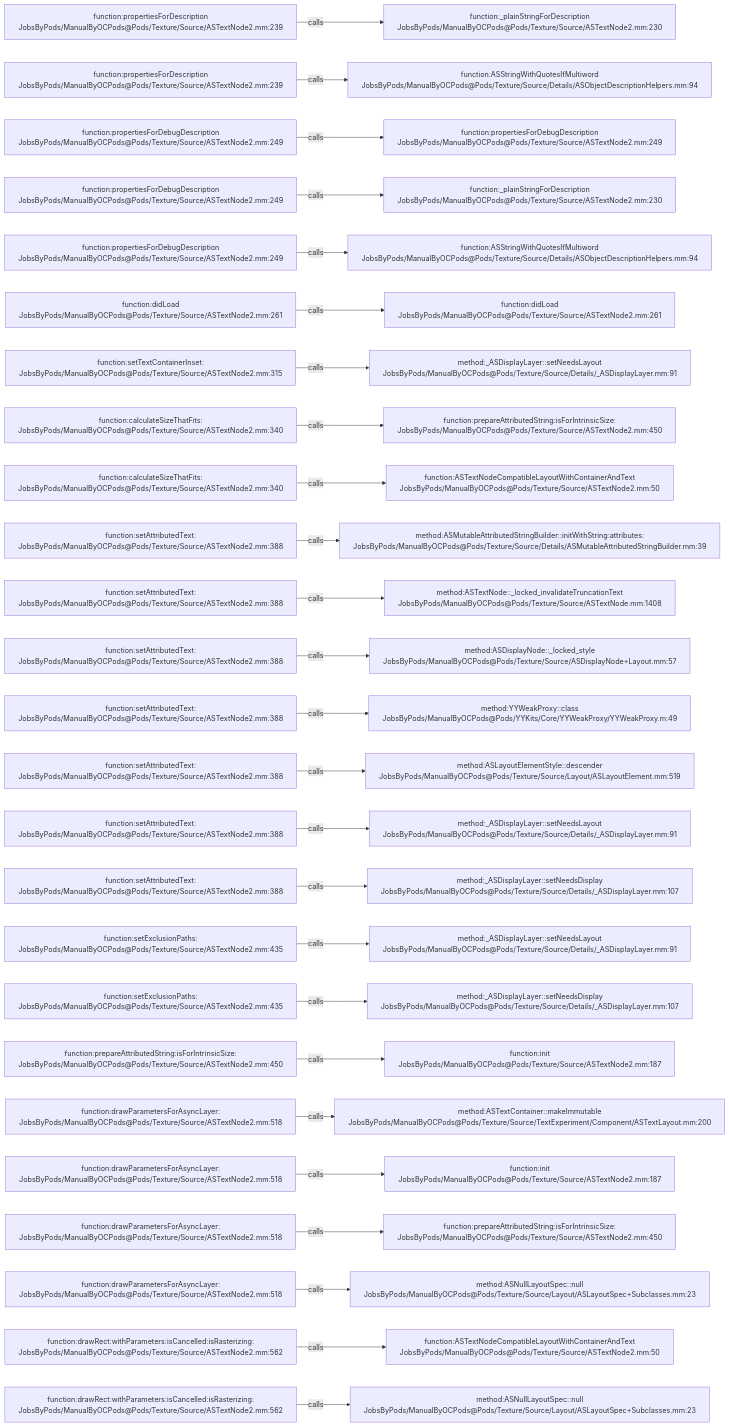
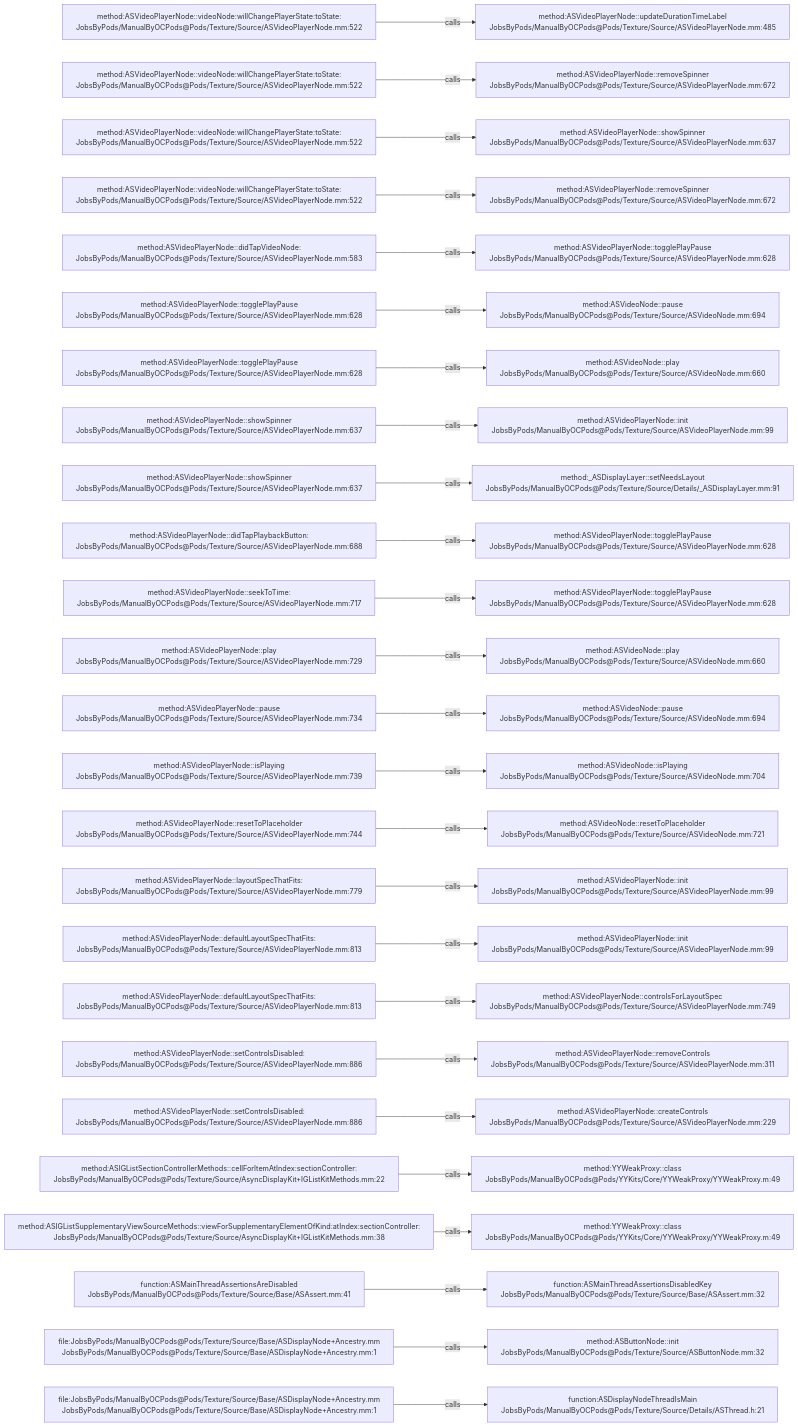
The diagram in .codegraph/codegraph.md/graphs/calls-131.md (JobsKits/JobsOCBaseConfigDemo), drawn with Mermaid before and after one commit. The commit also changed 2723 other files, not shown here.

````diff
--- a/.codegraph/codegraph.md/graphs/calls-131.md
+++ b/.codegraph/codegraph.md/graphs/calls-131.md
@@ -13,78 +13,78 @@
 ```mermaid
 flowchart LR
-  S1["function:propertiesForDescription<br/>JobsByPods/ManualByOCPods@Pods/Texture/Source/ASTextNode2.mm:239"]
-  T1["function:_plainStringForDescription<br/>JobsByPods/ManualByOCPods@Pods/Texture/Source/ASTextNode2.mm:230"]
+  S1["method:ASVideoPlayerNode::videoNode:willChangePlayerState:toState:<br/>JobsByPods/ManualByOCPods@Pods/Texture/Source/ASVideoPlayerNode.mm:522"]
+  T1["method:ASVideoPlayerNode::updateDurationTimeLabel<br/>JobsByPods/ManualByOCPods@Pods/Texture/Source/ASVideoPlayerNode.mm:485"]
   S1 -->|calls| T1
-  S2["function:propertiesForDescription<br/>JobsByPods/ManualByOCPods@Pods/Texture/Source/ASTextNode2.mm:239"]
-  T2["function:ASStringWithQuotesIfMultiword<br/>JobsByPods/ManualByOCPods@Pods/Texture/Source/Details/ASObjectDescriptionHelpers.mm:94"]
+  S2["method:ASVideoPlayerNode::videoNode:willChangePlayerState:toState:<br/>JobsByPods/ManualByOCPods@Pods/Texture/Source/ASVideoPlayerNode.mm:522"]
+  T2["method:ASVideoPlayerNode::removeSpinner<br/>JobsByPods/ManualByOCPods@Pods/Texture/Source/ASVideoPlayerNode.mm:672"]
   S2 -->|calls| T2
-  S3["function:propertiesForDebugDescription<br/>JobsByPods/ManualByOCPods@Pods/Texture/Source/ASTextNode2.mm:249"]
-  T3["function:propertiesForDebugDescription<br/>JobsByPods/ManualByOCPods@Pods/Texture/Source/ASTextNode2.mm:249"]
+  S3["method:ASVideoPlayerNode::videoNode:willChangePlayerState:toState:<br/>JobsByPods/ManualByOCPods@Pods/Texture/Source/ASVideoPlayerNode.mm:522"]
+  T3["method:ASVideoPlayerNode::showSpinner<br/>JobsByPods/ManualByOCPods@Pods/Texture/Source/ASVideoPlayerNode.mm:637"]
   S3 -->|calls| T3
-  S4["function:propertiesForDebugDescription<br/>JobsByPods/ManualByOCPods@Pods/Texture/Source/ASTextNode2.mm:249"]
-  T4["function:_plainStringForDescription<br/>JobsByPods/ManualByOCPods@Pods/Texture/Source/ASTextNode2.mm:230"]
+  S4["method:ASVideoPlayerNode::videoNode:willChangePlayerState:toState:<br/>JobsByPods/ManualByOCPods@Pods/Texture/Source/ASVideoPlayerNode.mm:522"]
+  T4["method:ASVideoPlayerNode::removeSpinner<br/>JobsByPods/ManualByOCPods@Pods/Texture/Source/ASVideoPlayerNode.mm:672"]
   S4 -->|calls| T4
-  S5["function:propertiesForDebugDescription<br/>JobsByPods/ManualByOCPods@Pods/Texture/Source/ASTextNode2.mm:249"]
-  T5["function:ASStringWithQuotesIfMultiword<br/>JobsByPods/ManualByOCPods@Pods/Texture/Source/Details/ASObjectDescriptionHelpers.mm:94"]
+  S5["method:ASVideoPlayerNode::didTapVideoNode:<br/>JobsByPods/ManualByOCPods@Pods/Texture/Source/ASVideoPlayerNode.mm:583"]
+  T5["method:ASVideoPlayerNode::togglePlayPause<br/>JobsByPods/ManualByOCPods@Pods/Texture/Source/ASVideoPlayerNode.mm:628"]
   S5 -->|calls| T5
-  S6["function:didLoad<br/>JobsByPods/ManualByOCPods@Pods/Texture/Source/ASTextNode2.mm:261"]
-  T6["function:didLoad<br/>JobsByPods/ManualByOCPods@Pods/Texture/Source/ASTextNode2.mm:261"]
+  S6["method:ASVideoPlayerNode::togglePlayPause<br/>JobsByPods/ManualByOCPods@Pods/Texture/Source/ASVideoPlayerNode.mm:628"]
+  T6["method:ASVideoNode::pause<br/>JobsByPods/ManualByOCPods@Pods/Texture/Source/ASVideoNode.mm:694"]
   S6 -->|calls| T6
-  S7["function:setTextContainerInset:<br/>JobsByPods/ManualByOCPods@Pods/Texture/Source/ASTextNode2.mm:315"]
-  T7["method:_ASDisplayLayer::setNeedsLayout<br/>JobsByPods/ManualByOCPods@Pods/Texture/Source/Details/_ASDisplayLayer.mm:91"]
+  S7["method:ASVideoPlayerNode::togglePlayPause<br/>JobsByPods/ManualByOCPods@Pods/Texture/Source/ASVideoPlayerNode.mm:628"]
+  T7["method:ASVideoNode::play<br/>JobsByPods/ManualByOCPods@Pods/Texture/Source/ASVideoNode.mm:660"]
   S7 -->|calls| T7
-  S8["function:calculateSizeThatFits:<br/>JobsByPods/ManualByOCPods@Pods/Texture/Source/ASTextNode2.mm:340"]
-  T8["function:prepareAttributedString:isForIntrinsicSize:<br/>JobsByPods/ManualByOCPods@Pods/Texture/Source/ASTextNode2.mm:450"]
+  S8["method:ASVideoPlayerNode::showSpinner<br/>JobsByPods/ManualByOCPods@Pods/Texture/Source/ASVideoPlayerNode.mm:637"]
+  T8["method:ASVideoPlayerNode::init<br/>JobsByPods/ManualByOCPods@Pods/Texture/Source/ASVideoPlayerNode.mm:99"]
   S8 -->|calls| T8
-  S9["function:calculateSizeThatFits:<br/>JobsByPods/ManualByOCPods@Pods/Texture/Source/ASTextNode2.mm:340"]
-  T9["function:ASTextNodeCompatibleLayoutWithContainerAndText<br/>JobsByPods/ManualByOCPods@Pods/Texture/Source/ASTextNode2.mm:50"]
+  S9["method:ASVideoPlayerNode::showSpinner<br/>JobsByPods/ManualByOCPods@Pods/Texture/Source/ASVideoPlayerNode.mm:637"]
+  T9["method:_ASDisplayLayer::setNeedsLayout<br/>JobsByPods/ManualByOCPods@Pods/Texture/Source/Details/_ASDisplayLayer.mm:91"]
   S9 -->|calls| T9
-  S10["function:setAttributedText:<br/>JobsByPods/ManualByOCPods@Pods/Texture/Source/ASTextNode2.mm:388"]
-  T10["method:ASMutableAttributedStringBuilder::initWithString:attributes:<br/>JobsByPods/ManualByOCPods@Pods/Texture/Source/Details/ASMutableAttributedStringBuilder.mm:39"]
+  S10["method:ASVideoPlayerNode::didTapPlaybackButton:<br/>JobsByPods/ManualByOCPods@Pods/Texture/Source/ASVideoPlayerNode.mm:688"]
+  T10["method:ASVideoPlayerNode::togglePlayPause<br/>JobsByPods/ManualByOCPods@Pods/Texture/Source/ASVideoPlayerNode.mm:628"]
   S10 -->|calls| T10
-  S11["function:setAttributedText:<br/>JobsByPods/ManualByOCPods@Pods/Texture/Source/ASTextNode2.mm:388"]
-  T11["method:ASTextNode::_locked_invalidateTruncationText<br/>JobsByPods/ManualByOCPods@Pods/Texture/Source/ASTextNode.mm:1408"]
+  S11["method:ASVideoPlayerNode::seekToTime:<br/>JobsByPods/ManualByOCPods@Pods/Texture/Source/ASVideoPlayerNode.mm:717"]
+  T11["method:ASVideoPlayerNode::togglePlayPause<br/>JobsByPods/ManualByOCPods@Pods/Texture/Source/ASVideoPlayerNode.mm:628"]
   S11 -->|calls| T11
-  S12["function:setAttributedText:<br/>JobsByPods/ManualByOCPods@Pods/Texture/Source/ASTextNode2.mm:388"]
-  T12["method:ASDisplayNode::_locked_style<br/>JobsByPods/ManualByOCPods@Pods/Texture/Source/ASDisplayNode+Layout.mm:57"]
+  S12["method:ASVideoPlayerNode::play<br/>JobsByPods/ManualByOCPods@Pods/Texture/Source/ASVideoPlayerNode.mm:729"]
+  T12["method:ASVideoNode::play<br/>JobsByPods/ManualByOCPods@Pods/Texture/Source/ASVideoNode.mm:660"]
   S12 -->|calls| T12
-  S13["function:setAttributedText:<br/>JobsByPods/ManualByOCPods@Pods/Texture/Source/ASTextNode2.mm:388"]
-  T13["method:YYWeakProxy::class<br/>JobsByPods/ManualByOCPods@Pods/YYKits/Core/YYWeakProxy/YYWeakProxy.m:49"]
+  S13["method:ASVideoPlayerNode::pause<br/>JobsByPods/ManualByOCPods@Pods/Texture/Source/ASVideoPlayerNode.mm:734"]
+  T13["method:ASVideoNode::pause<br/>JobsByPods/ManualByOCPods@Pods/Texture/Source/ASVideoNode.mm:694"]
   S13 -->|calls| T13
-  S14["function:setAttributedText:<br/>JobsByPods/ManualByOCPods@Pods/Texture/Source/ASTextNode2.mm:388"]
-  T14["method:ASLayoutElementStyle::descender<br/>JobsByPods/ManualByOCPods@Pods/Texture/Source/Layout/ASLayoutElement.mm:519"]
+  S14["method:ASVideoPlayerNode::isPlaying<br/>JobsByPods/ManualByOCPods@Pods/Texture/Source/ASVideoPlayerNode.mm:739"]
+  T14["method:ASVideoNode::isPlaying<br/>JobsByPods/ManualByOCPods@Pods/Texture/Source/ASVideoNode.mm:704"]
   S14 -->|calls| T14
-  S15["function:setAttributedText:<br/>JobsByPods/ManualByOCPods@Pods/Texture/Source/ASTextNode2.mm:388"]
-  T15["method:_ASDisplayLayer::setNeedsLayout<br/>JobsByPods/ManualByOCPods@Pods/Texture/Source/Details/_ASDisplayLayer.mm:91"]
+  S15["method:ASVideoPlayerNode::resetToPlaceholder<br/>JobsByPods/ManualByOCPods@Pods/Texture/Source/ASVideoPlayerNode.mm:744"]
+  T15["method:ASVideoNode::resetToPlaceholder<br/>JobsByPods/ManualByOCPods@Pods/Texture/Source/ASVideoNode.mm:721"]
   S15 -->|calls| T15
-  S16["function:setAttributedText:<br/>JobsByPods/ManualByOCPods@Pods/Texture/Source/ASTextNode2.mm:388"]
-  T16["method:_ASDisplayLayer::setNeedsDisplay<br/>JobsByPods/ManualByOCPods@Pods/Texture/Source/Details/_ASDisplayLayer.mm:107"]
+  S16["method:ASVideoPlayerNode::layoutSpecThatFits:<br/>JobsByPods/ManualByOCPods@Pods/Texture/Source/ASVideoPlayerNode.mm:779"]
+  T16["method:ASVideoPlayerNode::init<br/>JobsByPods/ManualByOCPods@Pods/Texture/Source/ASVideoPlayerNode.mm:99"]
   S16 -->|calls| T16
-  S17["function:setExclusionPaths:<br/>JobsByPods/ManualByOCPods@Pods/Texture/Source/ASTextNode2.mm:435"]
-  T17["method:_ASDisplayLayer::setNeedsLayout<br/>JobsByPods/ManualByOCPods@Pods/Texture/Source/Details/_ASDisplayLayer.mm:91"]
+  S17["method:ASVideoPlayerNode::defaultLayoutSpecThatFits:<br/>JobsByPods/ManualByOCPods@Pods/Texture/Source/ASVideoPlayerNode.mm:813"]
+  T17["method:ASVideoPlayerNode::init<br/>JobsByPods/ManualByOCPods@Pods/Texture/Source/ASVideoPlayerNode.mm:99"]
   S17 -->|calls| T17
-  S18["function:setExclusionPaths:<br/>JobsByPods/ManualByOCPods@Pods/Texture/Source/ASTextNode2.mm:435"]
-  T18["method:_ASDisplayLayer::setNeedsDisplay<br/>JobsByPods/ManualByOCPods@Pods/Texture/Source/Details/_ASDisplayLayer.mm:107"]
+  S18["method:ASVideoPlayerNode::defaultLayoutSpecThatFits:<br/>JobsByPods/ManualByOCPods@Pods/Texture/Source/ASVideoPlayerNode.mm:813"]
+  T18["method:ASVideoPlayerNode::controlsForLayoutSpec<br/>JobsByPods/ManualByOCPods@Pods/Texture/Source/ASVideoPlayerNode.mm:749"]
   S18 -->|calls| T18
-  S19["function:prepareAttributedString:isForIntrinsicSize:<br/>JobsByPods/ManualByOCPods@Pods/Texture/Source/ASTextNode2.mm:450"]
-  T19["function:init<br/>JobsByPods/ManualByOCPods@Pods/Texture/Source/ASTextNode2.mm:187"]
+  S19["method:ASVideoPlayerNode::setControlsDisabled:<br/>JobsByPods/ManualByOCPods@Pods/Texture/Source/ASVideoPlayerNode.mm:886"]
+  T19["method:ASVideoPlayerNode::removeControls<br/>JobsByPods/ManualByOCPods@Pods/Texture/Source/ASVideoPlayerNode.mm:311"]
   S19 -->|calls| T19
-  S20["function:drawParametersForAsyncLayer:<br/>JobsByPods/ManualByOCPods@Pods/Texture/Source/ASTextNode2.mm:518"]
-  T20["method:ASTextContainer::makeImmutable<br/>JobsByPods/ManualByOCPods@Pods/Texture/Source/TextExperiment/Component/ASTextLayout.mm:200"]
+  S20["method:ASVideoPlayerNode::setControlsDisabled:<br/>JobsByPods/ManualByOCPods@Pods/Texture/Source/ASVideoPlayerNode.mm:886"]
+  T20["method:ASVideoPlayerNode::createControls<br/>JobsByPods/ManualByOCPods@Pods/Texture/Source/ASVideoPlayerNode.mm:229"]
   S20 -->|calls| T20
-  S21["function:drawParametersForAsyncLayer:<br/>JobsByPods/ManualByOCPods@Pods/Texture/Source/ASTextNode2.mm:518"]
-  T21["function:init<br/>JobsByPods/ManualByOCPods@Pods/Texture/Source/ASTextNode2.mm:187"]
+  S21["method:ASIGListSectionControllerMethods::cellForItemAtIndex:sectionController:<br/>JobsByPods/ManualByOCPods@Pods/Texture/Source/AsyncDisplayKit+IGListKitMethods.mm:22"]
+  T21["method:YYWeakProxy::class<br/>JobsByPods/ManualByOCPods@Pods/YYKits/Core/YYWeakProxy/YYWeakProxy.m:49"]
   S21 -->|calls| T21
-  S22["function:drawParametersForAsyncLayer:<br/>JobsByPods/ManualByOCPods@Pods/Texture/Source/ASTextNode2.mm:518"]
-  T22["function:prepareAttributedString:isForIntrinsicSize:<br/>JobsByPods/ManualByOCPods@Pods/Texture/Source/ASTextNode2.mm:450"]
+  S22["method:ASIGListSupplementaryViewSourceMethods::viewForSupplementaryElementOfKind:atIndex:sectionController:<br/>JobsByPods/ManualByOCPods@Pods/Texture/Source/AsyncDisplayKit+IGListKitMethods.mm:38"]
+  T22["method:YYWeakProxy::class<br/>JobsByPods/ManualByOCPods@Pods/YYKits/Core/YYWeakProxy/YYWeakProxy.m:49"]
   S22 -->|calls| T22
-  S23["function:drawParametersForAsyncLayer:<br/>JobsByPods/ManualByOCPods@Pods/Texture/Source/ASTextNode2.mm:518"]
-  T23["method:ASNullLayoutSpec::null<br/>JobsByPods/ManualByOCPods@Pods/Texture/Source/Layout/ASLayoutSpec+Subclasses.mm:23"]
+  S23["function:ASMainThreadAssertionsAreDisabled<br/>JobsByPods/ManualByOCPods@Pods/Texture/Source/Base/ASAssert.mm:41"]
+  T23["function:ASMainThreadAssertionsDisabledKey<br/>JobsByPods/ManualByOCPods@Pods/Texture/Source/Base/ASAssert.mm:32"]
   S23 -->|calls| T23
-  S24["function:drawRect:withParameters:isCancelled:isRasterizing:<br/>JobsByPods/ManualByOCPods@Pods/Texture/Source/ASTextNode2.mm:562"]
-  T24["function:ASTextNodeCompatibleLayoutWithContainerAndText<br/>JobsByPods/ManualByOCPods@Pods/Texture/Source/ASTextNode2.mm:50"]
+  S24["file:JobsByPods/ManualByOCPods@Pods/Texture/Source/Base/ASDisplayNode+Ancestry.mm<br/>JobsByPods/ManualByOCPods@Pods/Texture/Source/Base/ASDisplayNode+Ancestry.mm:1"]
+  T24["method:ASButtonNode::init<br/>JobsByPods/ManualByOCPods@Pods/Texture/Source/ASButtonNode.mm:32"]
   S24 -->|calls| T24
-  S25["function:drawRect:withParameters:isCancelled:isRasterizing:<br/>JobsByPods/ManualByOCPods@Pods/Texture/Source/ASTextNode2.mm:562"]
-  T25["method:ASNullLayoutSpec::null<br/>JobsByPods/ManualByOCPods@Pods/Texture/Source/Layout/ASLayoutSpec+Subclasses.mm:23"]
+  S25["file:JobsByPods/ManualByOCPods@Pods/Texture/Source/Base/ASDisplayNode+Ancestry.mm<br/>JobsByPods/ManualByOCPods@Pods/Texture/Source/Base/ASDisplayNode+Ancestry.mm:1"]
+  T25["function:ASDisplayNodeThreadIsMain<br/>JobsByPods/ManualByOCPods@Pods/Texture/Source/Details/ASThread.h:21"]
   S25 -->|calls| T25
 ```
````
